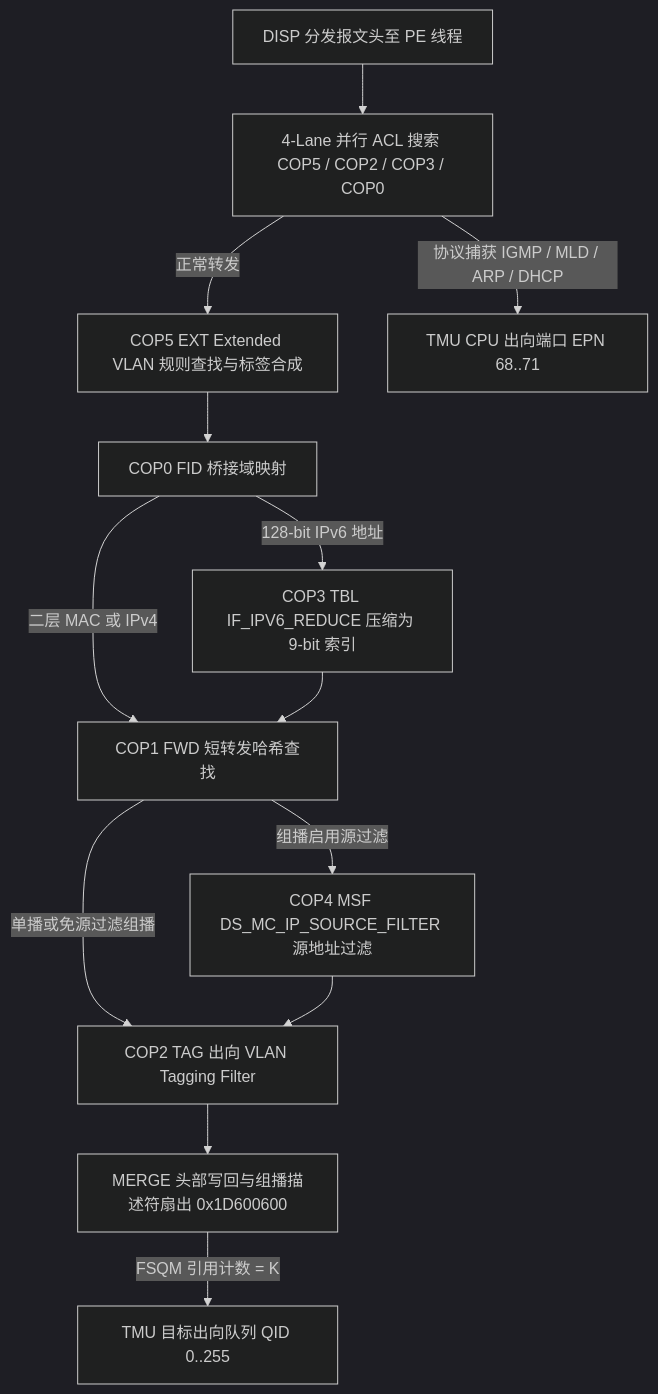
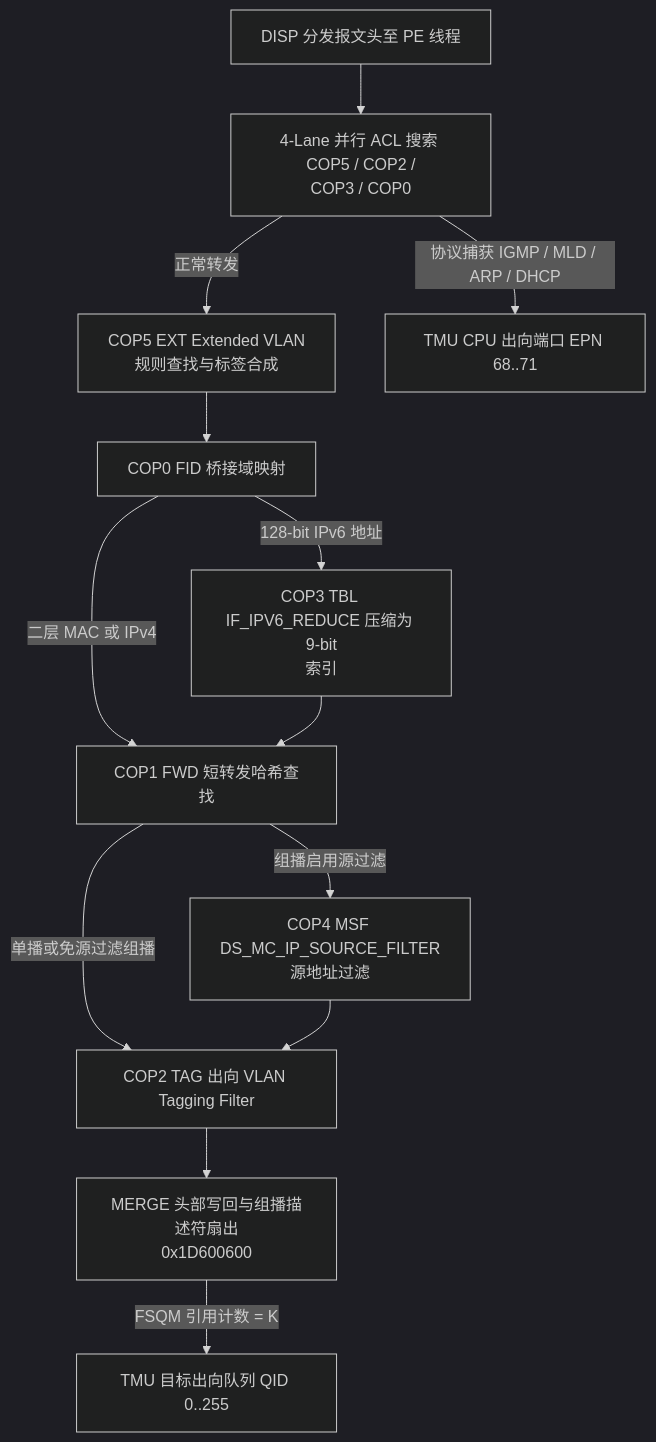
One commit to difanz/lantiq-falcon-s-docs changed the diagram in 08_data_flow/04_vlan_and_qos_processing.md. Above: the diagram before and after it, drawn with Mermaid (dark theme). The commit also changed 33 other files, not shown here.

Commit message:
Improve diagram readability and adopt the Material theme

````diff
--- a/08_data_flow/04_vlan_and_qos_processing.md
+++ b/08_data_flow/04_vlan_and_qos_processing.md
@@ -5,15 +5,15 @@
 ```mermaid
 flowchart TD
-    PKT_IN["DISP 分发报文头至 PE 线程"] --> ACL_STAGE["4-Lane 并行 ACL 搜索 COP5 / COP2 / COP3 / COP0"]
-    ACL_STAGE -->|正常转发| EXTVLAN_STAGE["COP5 EXT Extended VLAN 规则查找与标签合成"]
+    PKT_IN["DISP 分发报文头至 PE 线程"] --> ACL_STAGE["4-Lane 并行 ACL 搜索 COP5 / COP2 /<br/>COP3 / COP0"]
+    ACL_STAGE -->|正常转发| EXTVLAN_STAGE["COP5 EXT Extended VLAN<br/>规则查找与标签合成"]
     ACL_STAGE -->|协议捕获 IGMP / MLD / ARP / DHCP| CPU_Q["TMU CPU 出向端口 EPN 68..71"]
     EXTVLAN_STAGE --> FID_STAGE["COP0 FID 桥接域映射"]
     FID_STAGE -->|二层 MAC 或 IPv4| FWD_STAGE["COP1 FWD 短转发哈希查找"]
-    FID_STAGE -->|128-bit IPv6 地址| IPV6_RED["COP3 TBL IF_IPV6_REDUCE 压缩为 9-bit 索引"]
+    FID_STAGE -->|128-bit IPv6 地址| IPV6_RED["COP3 TBL IF_IPV6_REDUCE 压缩为 9-bit<br/>索引"]
     IPV6_RED --> FWD_STAGE
-    FWD_STAGE -->|组播启用源过滤| MSF_STAGE["COP4 MSF DS_MC_IP_SOURCE_FILTER 源地址过滤"]
+    FWD_STAGE -->|组播启用源过滤| MSF_STAGE["COP4 MSF DS_MC_IP_SOURCE_FILTER<br/>源地址过滤"]
     FWD_STAGE -->|单播或免源过滤组播| TAG_STAGE["COP2 TAG 出向 VLAN Tagging Filter"]
     MSF_STAGE --> TAG_STAGE
-    TAG_STAGE --> MERGE_STAGE["MERGE 头部写回与组播描述符扇出 0x1D600600"]
+    TAG_STAGE --> MERGE_STAGE["MERGE 头部写回与组播描述符扇出<br/>0x1D600600"]
     MERGE_STAGE -->|FSQM 引用计数 = K| TMU_Q["TMU 目标出向队列 QID 0..255"]
 ```
````
